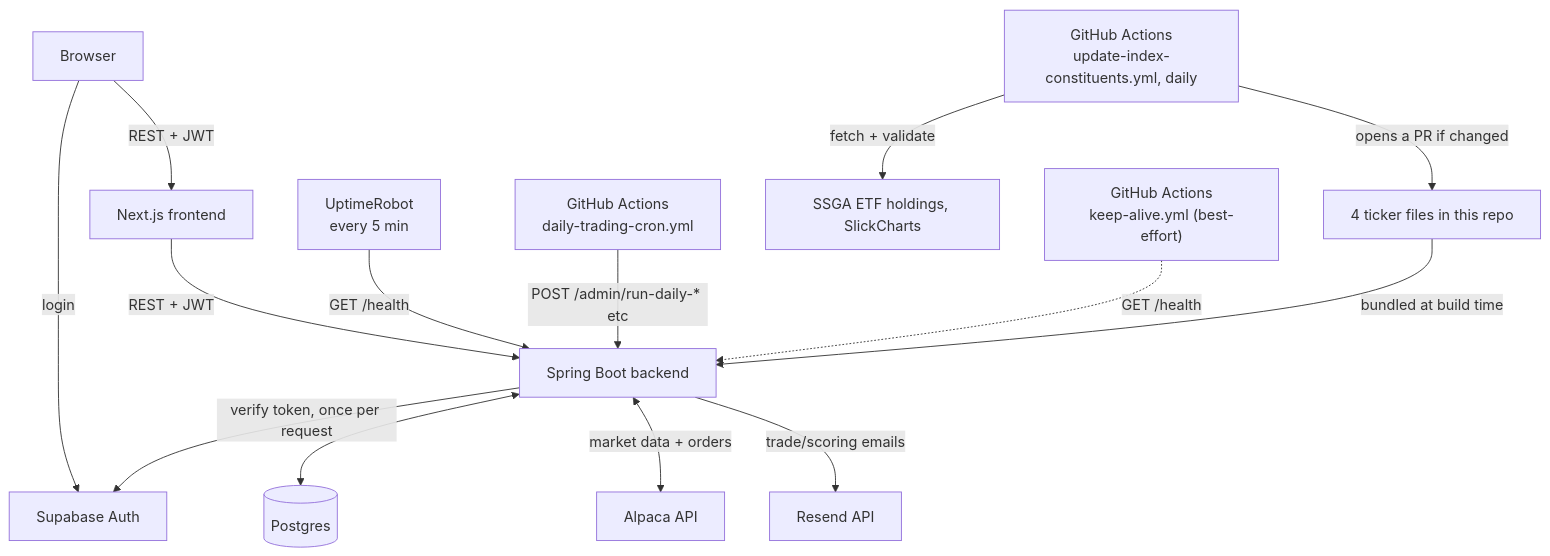
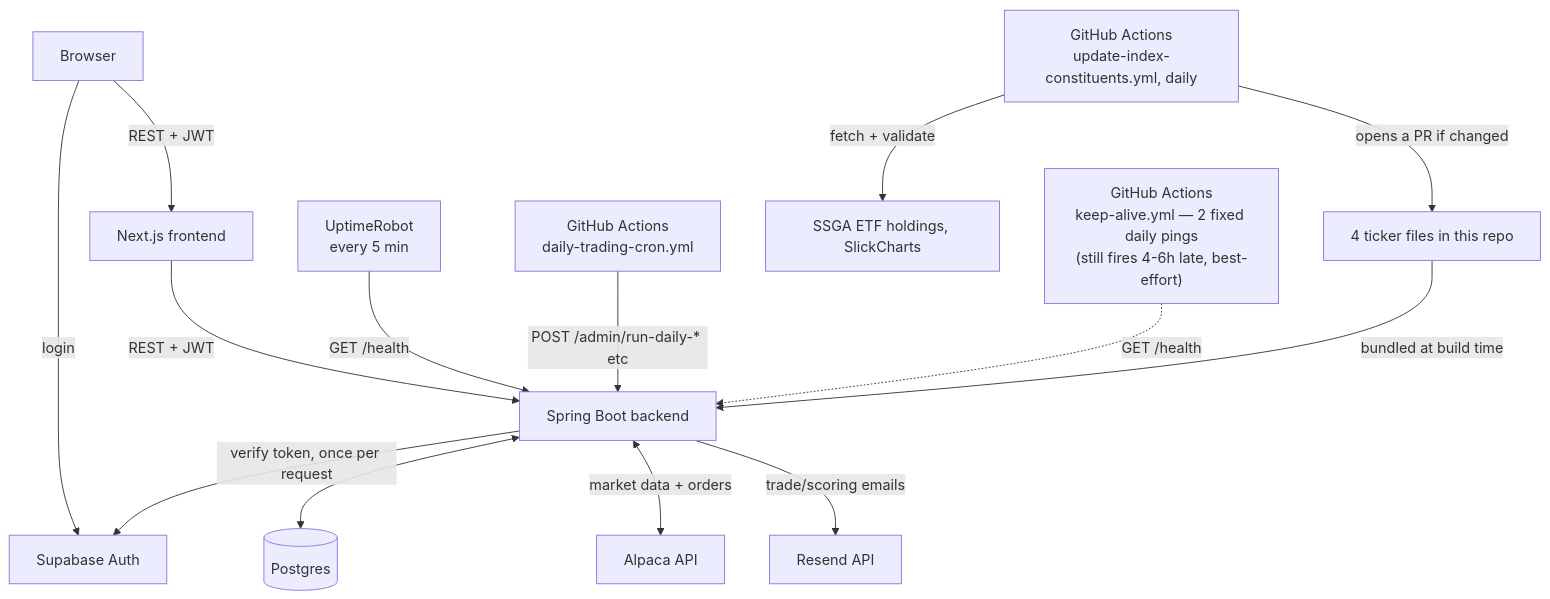
One commit to shivam-tamboli/momentum-trading-system changed the diagram in docs/architecture-diagram.md. Above: the diagram before and after it, drawn with Mermaid. The commit also changed other lines of this file and 2 other files, not shown here.

````diff
--- a/docs/architecture-diagram.md
+++ b/docs/architecture-diagram.md
@@ -3,18 +3,18 @@
 ```mermaid
 flowchart TB
     User[Browser] -->|login| Supabase[Supabase Auth]
     User -->|REST + JWT| FE[Next.js frontend]
     FE -->|REST + JWT| BE[Spring Boot backend]
     BE -->|verify token, once per request| Supabase
     BE <--> DB[(Postgres)]
     BE <-->|market data + orders| Alpaca[Alpaca API]
     BE -->|trade/scoring emails| Email[Resend API]
 
     UR["UptimeRobot<br/>every 5 min"] -->|GET /health| BE
     GHACron["GitHub Actions<br/>daily-trading-cron.yml"] -->|POST /admin/run-daily-* etc| BE
-    GHAKeep["GitHub Actions<br/>keep-alive.yml (best-effort)"] -.->|GET /health| BE
+    GHAKeep["GitHub Actions<br/>keep-alive.yml — 2 fixed daily pings<br/>(still fires 4-6h late, best-effort)"] -.->|GET /health| BE
 
     GHAIndex["GitHub Actions<br/>update-index-constituents.yml, daily"] -->|fetch + validate| Sources[SSGA ETF holdings, SlickCharts]
     GHAIndex -->|opens a PR if changed| Repo[4 ticker files in this repo]
     Repo -->|bundled at build time| BE
 ```
````
